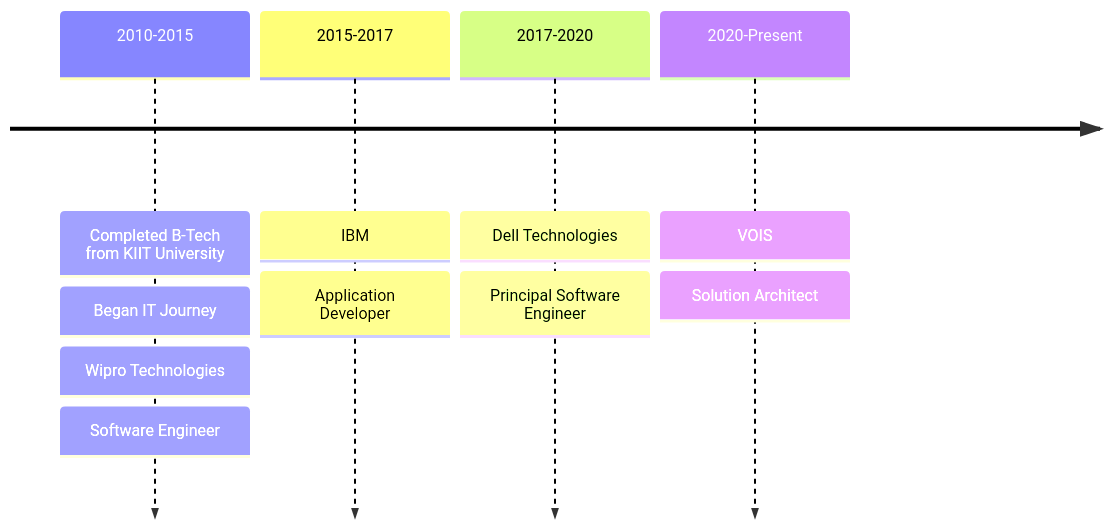
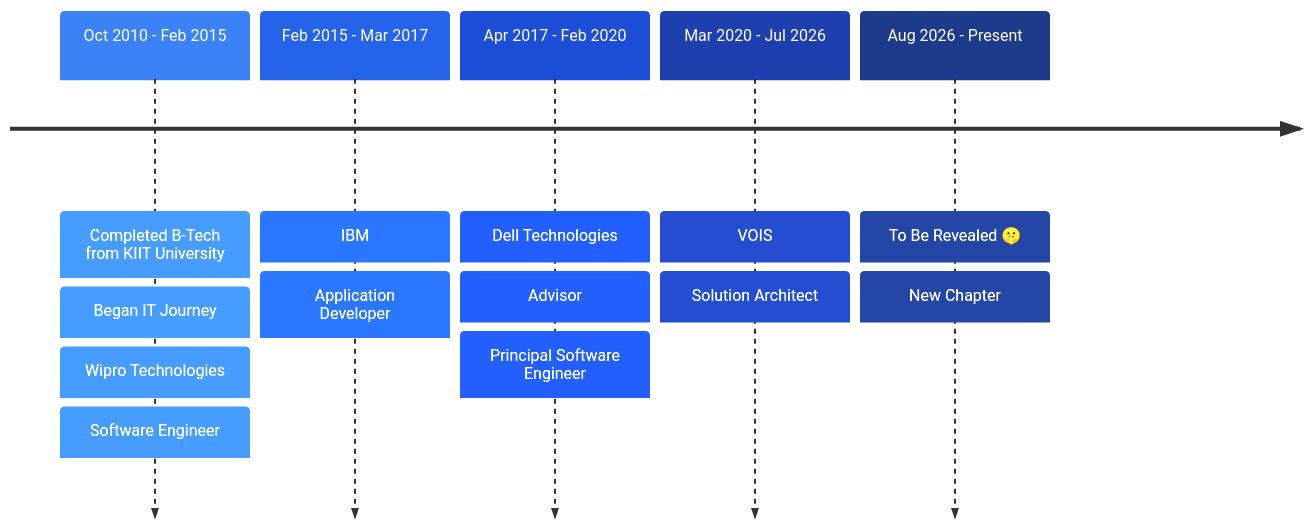
Before and after one commit to sumitsahoo/sumitsahoo: the diagram in README.md, drawn with Mermaid. The commit also changed other lines of this file, not shown here.

First line of the commit message:
docs: revamp README tech stack, projects, and career timeline

````diff
--- a/README.md
+++ b/README.md
@@ -119,7 +103,18 @@
 ```mermaid
+%%{init: {'theme':'base', 'themeVariables': {
+  'cScale0':'#3B82F6','cScaleLabel0':'#ffffff',
+  'cScale1':'#2563EB','cScaleLabel1':'#ffffff',
+  'cScale2':'#1D4ED8','cScaleLabel2':'#ffffff',
+  'cScale3':'#1E40AF','cScaleLabel3':'#ffffff',
+  'cScale4':'#1E3A8A','cScaleLabel4':'#ffffff',
+  'cScaleInv0':'#3B82F6','cScaleInv1':'#2563EB','cScaleInv2':'#1D4ED8',
+  'cScaleInv3':'#1E40AF','cScaleInv4':'#1E3A8A',
+  'lineColor':'#64748B','fontFamily':'Segoe UI, Helvetica, Arial, sans-serif'
+}}}%%
 timeline
-    2010-2015 : Completed B-Tech from KIIT University : Began IT Journey : Wipro Technologies : Software Engineer
-    2015-2017 : IBM : Application Developer
-    2017-2020 : Dell Technologies : Principal Software Engineer
-    2020-Present : VOIS : Solution Architect
+    Oct 2010 - Feb 2015 : Completed B-Tech from KIIT University : Began IT Journey : Wipro Technologies : Software Engineer
+    Feb 2015 - Mar 2017 : IBM : Application Developer
+    Apr 2017 - Feb 2020 : Dell Technologies : Advisor : Principal Software Engineer
+    Mar 2020 - Jul 2026 : VOIS : Solution Architect
+    Aug 2026 - Present : To Be Revealed 🤫 : New Chapter
 ```
````
